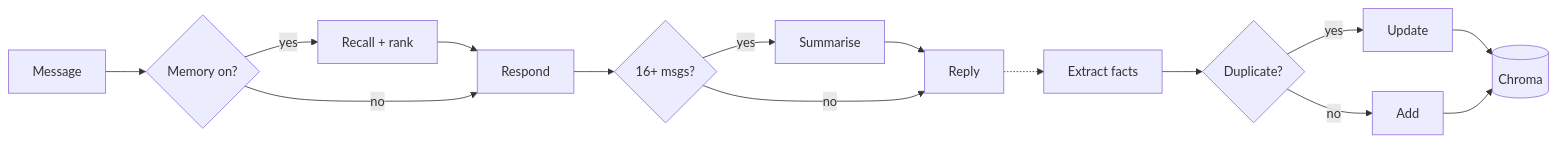
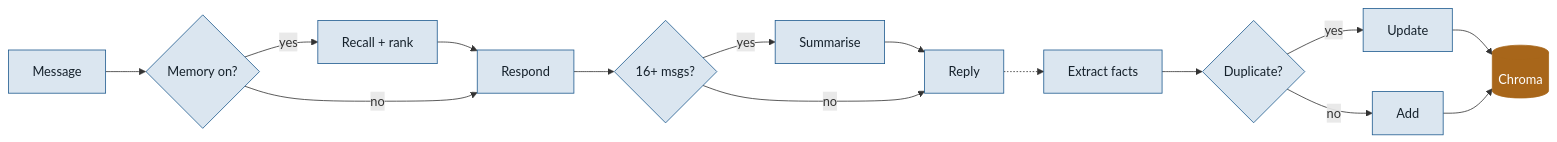
Before and after one commit to manjuv03/Personalized-AI-Assistant-with-Contextual-Recall: the second of 6 diagrams in PROJECT_REPORT.md, drawn with Mermaid. The commit also changed other lines of this file and 2 other files, not shown here.

Commit message:
Polish README and colour the diagrams

````diff
--- a/PROJECT_REPORT.md
+++ b/PROJECT_REPORT.md
@@ -107,12 +111,16 @@
 ```mermaid
 flowchart LR
     A[Message] --> C{Memory on?}
     C -- yes --> D[Recall + rank] --> E[Respond]
     C -- no --> E
     E --> F{"16+ msgs?"}
     F -- yes --> G[Summarise] --> H[Reply]
     F -- no --> H
     H -.-> I[Extract facts] --> J{Duplicate?}
     J -- yes --> K[Update] --> DB[(Chroma)]
     J -- no --> L[Add] --> DB
+    classDef default fill:#dbe6f0,stroke:#1f5b8f,color:#15212b
+    classDef io fill:#1f5b8f,stroke:#1f5b8f,color:#ffffff
+    classDef store fill:#a8661a,stroke:#a8661a,color:#ffffff
+    class DB store
 ```
````
